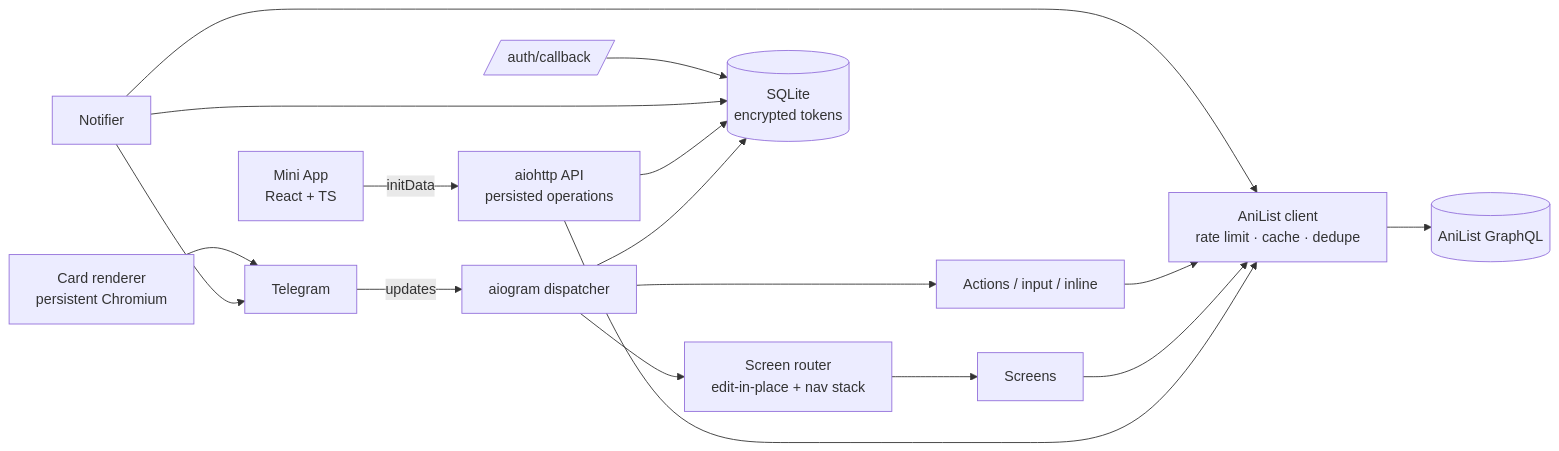
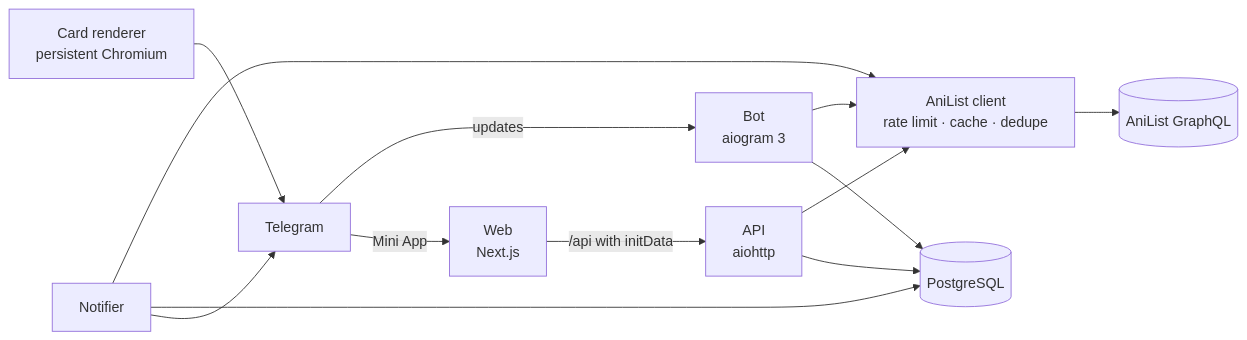
Before and after one commit to Westyasha/AniList_Telegram: the diagram in README.md, drawn with Mermaid. The commit also changed other lines of this file and 10 other files, not shown here.

````diff
--- a/README.md
+++ b/README.md
@@ -64,17 +66,13 @@
 ```mermaid
 flowchart LR
-    TG[Telegram] -->|updates| BOT[aiogram dispatcher]
-    BOT --> NAV[Screen router<br/>edit-in-place + nav stack]
-    NAV --> SCR[Screens]
-    BOT --> ACT[Actions / input / inline]
-    MA[Mini App<br/>React + TS] -->|initData| API[aiohttp API<br/>persisted operations]
-    API --> AL
-    SCR --> AL[AniList client<br/>rate limit · cache · dedupe]
-    ACT --> AL
-    AL --> GQL[(AniList GraphQL)]
-    NOTIF[Notifier] --> AL
+    TG[Telegram] -->|updates| BOT[Bot<br/>aiogram 3]
+    TG -->|Mini App| WEB[Web<br/>Next.js]
+    WEB -->|/api with initData| API[API<br/>aiohttp]
+    BOT --> CORE[AniList client<br/>rate limit · cache · dedupe]
+    API --> CORE
+    NOTIF[Notifier] --> CORE
+    CORE --> GQL[(AniList GraphQL)]
+    BOT & API & NOTIF --> PG[(PostgreSQL)]
+    CARDS[Card renderer<br/>persistent Chromium] --> TG
     NOTIF --> TG
-    CARDS[Card renderer<br/>persistent Chromium] --> TG
-    BOT & API & NOTIF --> DB[(SQLite<br/>encrypted tokens)]
-    OAUTH[/auth/callback/] --> DB
 ```
````
